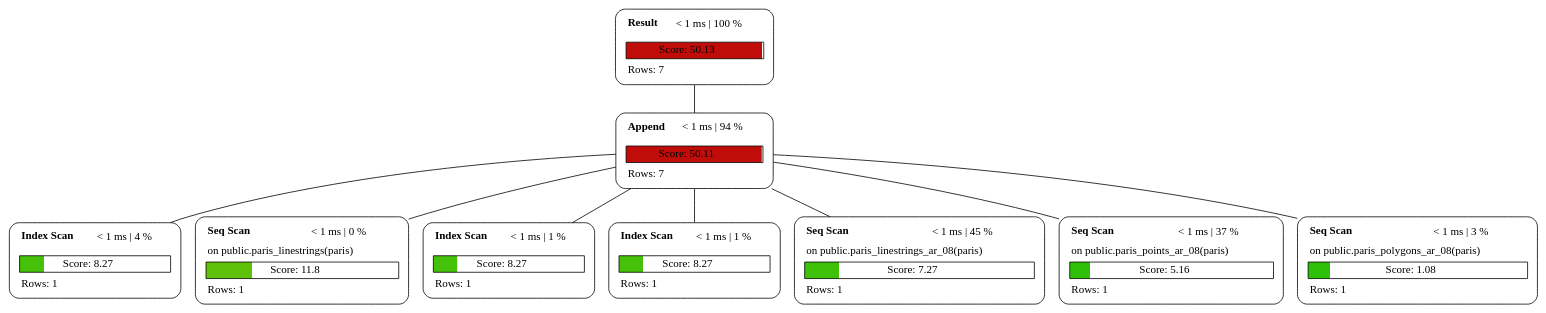
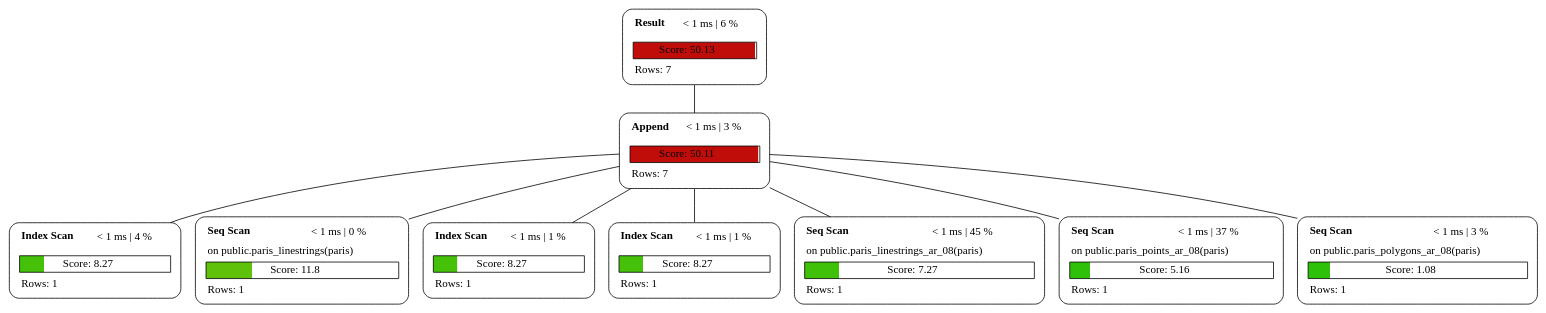
Before and after one commit to sanpii/explain: the diagram in examples/plan_3.dot, drawn with Graphviz. The commit also changed 16 other files, not shown here.

```diff
--- a/examples/plan_3.dot
+++ b/examples/plan_3.dot
@@ -1,19 +1,19 @@
 graph explain {
-    node0[label=<<table border="0" cellborder="0" cellspacing="5"><tr><td align="left"><b>Result</b></td><td>&lt; 1 ms | 100 %</td></tr><tr><td colspan="2" align="left"></td></tr><tr><td colspan="2" border="1" bgcolor="#c10d0a;0.99:white">Score: 50.13</td></tr><tr><td colspan="2" align="left">Rows: 7</td></tr></table>>][style="rounded"][shape="box"];
-    node1[label=<<table border="0" cellborder="0" cellspacing="5"><tr><td align="left"><b>Append</b></td><td>&lt; 1 ms | 94 %</td></tr><tr><td colspan="2" align="left"></td></tr><tr><td colspan="2" border="1" bgcolor="#c10d0a;0.99:white">Score: 50.11</td></tr><tr><td colspan="2" align="left">Rows: 7</td></tr></table>>][style="rounded"][shape="box"];
+    node0[label=<<table border="0" cellborder="0" cellspacing="5"><tr><td align="left"><b>Result</b></td><td>&lt; 1 ms | 6 %</td></tr><tr><td colspan="2" align="left"></td></tr><tr><td colspan="2" border="1" bgcolor="#c10d0a;0.99:white">Score: 50.13</td></tr><tr><td colspan="2" align="left">Rows: 7</td></tr></table>>][style="rounded"][shape="box"];
+    node1[label=<<table border="0" cellborder="0" cellspacing="5"><tr><td align="left"><b>Append</b></td><td>&lt; 1 ms | 3 %</td></tr><tr><td colspan="2" align="left"></td></tr><tr><td colspan="2" border="1" bgcolor="#c10d0a;0.99:white">Score: 50.11</td></tr><tr><td colspan="2" align="left">Rows: 7</td></tr></table>>][style="rounded"][shape="box"];
     node2[label=<<table border="0" cellborder="0" cellspacing="5"><tr><td align="left"><b>Index Scan</b></td><td>&lt; 1 ms | 4 %</td></tr><tr><td colspan="2" align="left"></td></tr><tr><td colspan="2" border="1" bgcolor="#46c10a;0.16:white">Score: 8.27</td></tr><tr><td colspan="2" align="left">Rows: 1</td></tr></table>>][style="rounded"][shape="box"];
     node3[label=<<table border="0" cellborder="0" cellspacing="5"><tr><td align="left"><b>Seq Scan</b></td><td>&lt; 1 ms | 0 %</td></tr><tr><td colspan="2" align="left">on public.paris_linestrings(paris)</td></tr><tr><td colspan="2" border="1" bgcolor="#60c10a;0.24:white">Score: 11.8</td></tr><tr><td colspan="2" align="left">Rows: 1</td></tr></table>>][style="rounded"][shape="box"];
     node4[label=<<table border="0" cellborder="0" cellspacing="5"><tr><td align="left"><b>Index Scan</b></td><td>&lt; 1 ms | 1 %</td></tr><tr><td colspan="2" align="left"></td></tr><tr><td colspan="2" border="1" bgcolor="#46c10a;0.16:white">Score: 8.27</td></tr><tr><td colspan="2" align="left">Rows: 1</td></tr></table>>][style="rounded"][shape="box"];
     node5[label=<<table border="0" cellborder="0" cellspacing="5"><tr><td align="left"><b>Index Scan</b></td><td>&lt; 1 ms | 1 %</td></tr><tr><td colspan="2" align="left"></td></tr><tr><td colspan="2" border="1" bgcolor="#46c10a;0.16:white">Score: 8.27</td></tr><tr><td colspan="2" align="left">Rows: 1</td></tr></table>>][style="rounded"][shape="box"];
     node6[label=<<table border="0" cellborder="0" cellspacing="5"><tr><td align="left"><b>Seq Scan</b></td><td>&lt; 1 ms | 45 %</td></tr><tr><td colspan="2" align="left">on public.paris_linestrings_ar_08(paris)</td></tr><tr><td colspan="2" border="1" bgcolor="#3fc10a;0.15:white">Score: 7.27</td></tr><tr><td colspan="2" align="left">Rows: 1</td></tr></table>>][style="rounded"][shape="box"];
     node7[label=<<table border="0" cellborder="0" cellspacing="5"><tr><td align="left"><b>Seq Scan</b></td><td>&lt; 1 ms | 37 %</td></tr><tr><td colspan="2" align="left">on public.paris_points_ar_08(paris)</td></tr><tr><td colspan="2" border="1" bgcolor="#2fc10a;0.10:white">Score: 5.16</td></tr><tr><td colspan="2" align="left">Rows: 1</td></tr></table>>][style="rounded"][shape="box"];
     node8[label=<<table border="0" cellborder="0" cellspacing="5"><tr><td align="left"><b>Seq Scan</b></td><td>&lt; 1 ms | 3 %</td></tr><tr><td colspan="2" align="left">on public.paris_polygons_ar_08(paris)</td></tr><tr><td colspan="2" border="1" bgcolor="#2ec10a;0.10:white">Score: 1.08</td></tr><tr><td colspan="2" align="left">Rows: 1</td></tr></table>>][style="rounded"][shape="box"];
     node0 -- node1[label=""];
     node1 -- node2[label=""];
     node1 -- node3[label=""];
     node1 -- node4[label=""];
     node1 -- node5[label=""];
     node1 -- node6[label=""];
     node1 -- node7[label=""];
     node1 -- node8[label=""];
 }
```
